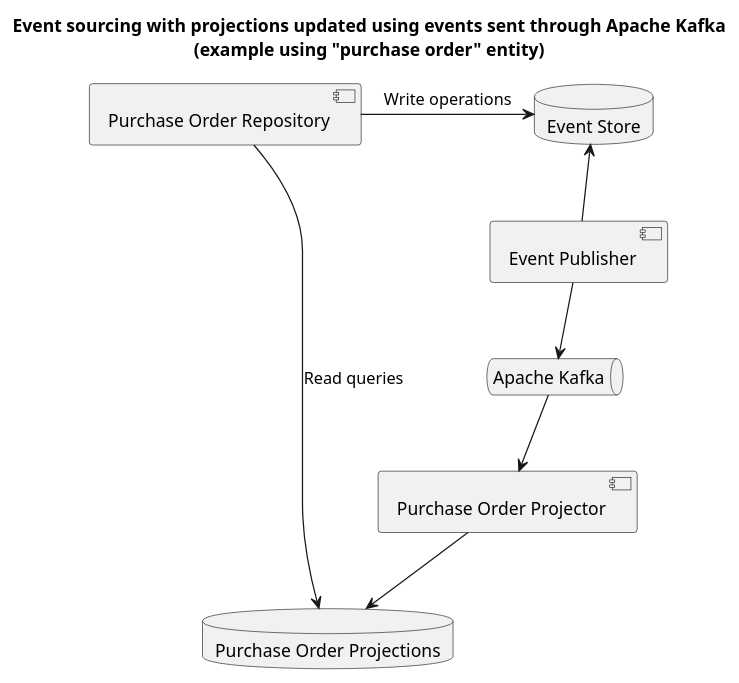
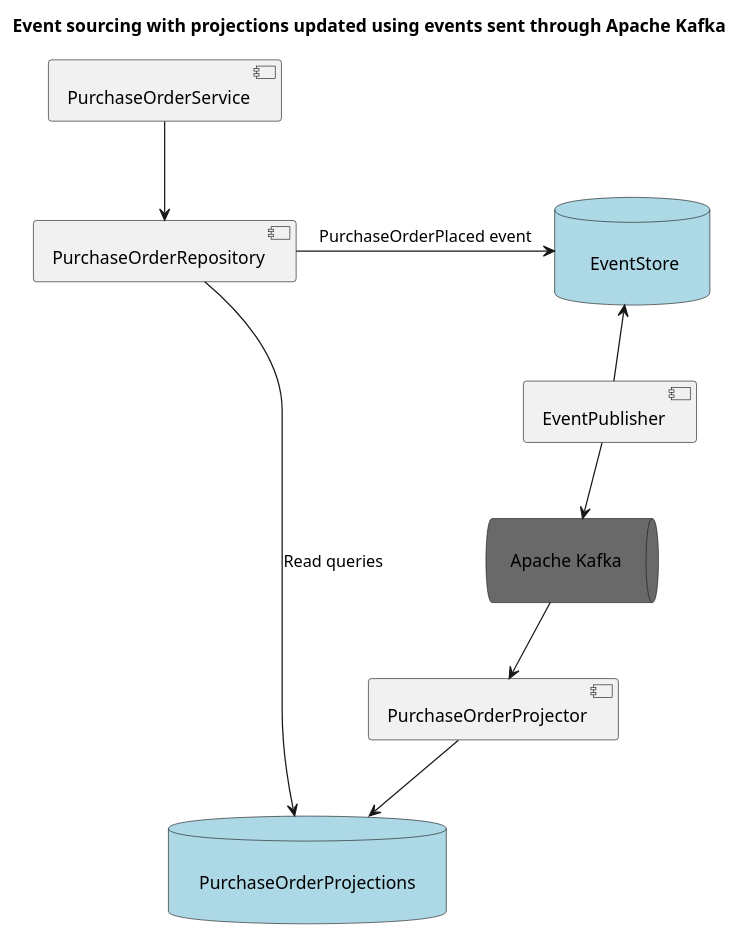
One commit to santosleijon/voidium-market changed the diagram in docs/event-sourcing-with-projections.puml. Above: the diagram before and after it, drawn with PlantUML. The commit also changed 2 other files, not shown here.

```diff
--- a/docs/event-sourcing-with-projections.puml
+++ b/docs/event-sourcing-with-projections.puml
@@ -1,21 +1,23 @@
 @startuml
 
-title "Event sourcing with projections updated using events sent through Apache Kafka\n(example using "purchase order" entity)"
+title "Event sourcing with projections updated using events sent through Apache Kafka"
 
-component "Purchase Order Repository" as Repository
-database "Event Store" as EventStore
+component "PurchaseOrderService" as Service
+component "PurchaseOrderRepository" as Repository
+database "\n     EventStore    \n" as EventStore #LightBlue
 
-Repository -> EventStore : Write operations
+Service -d-> Repository
+Repository -> EventStore : PurchaseOrderPlaced event
 
-queue "Apache Kafka" as Kafka
-component "Event Publisher" as EventPublisher
-component "Purchase Order Projector" as Projector
-database "Purchase Order Projections" as Projections
+queue "\n    Apache Kafka    \n" as Kafka #DimGrey
+component "EventPublisher" as EventPublisher
+component "PurchaseOrderProjector" as Projector
+database "\n    PurchaseOrderProjections    \n" as Projections #LightBlue
 
 EventPublisher -u-> EventStore
 EventPublisher -d-> Kafka
 Kafka -d-> Projector
 Projector -d-> Projections
 Repository -> Projections : Read queries
 
 @enduml
```
